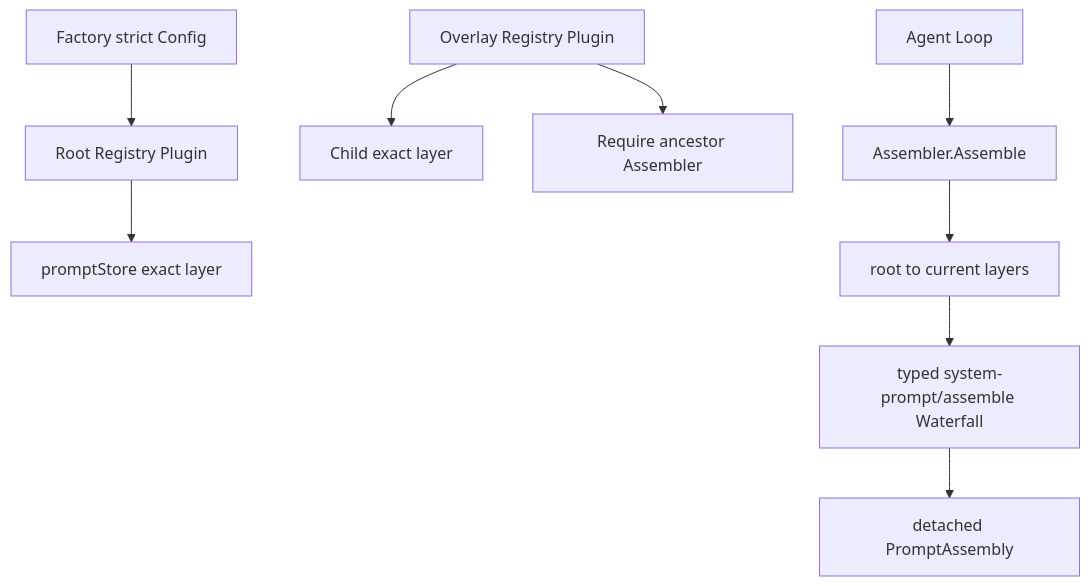
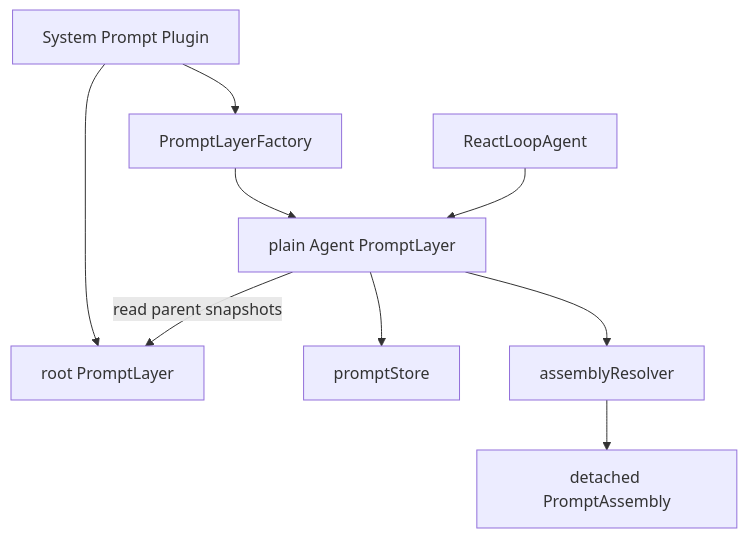
One commit to gorenx/goren changed the diagram in systemprompt/README.zh-CN.md. Above: the diagram before and after it, drawn with Mermaid. The commit also changed other lines of this file and 29 other files, not shown here.

Commit message:
docs(agent): record plugin-neutral lifecycle design

````diff
--- a/systemprompt/README.zh-CN.md
+++ b/systemprompt/README.zh-CN.md
@@ -11,11 +13,11 @@
 ```mermaid
 flowchart TD
-    Factory[Factory strict Config] --> Root[Root Registry Plugin]
-    Root --> Layer[promptStore exact layer]
-    Overlay[Overlay Registry Plugin] --> Layer2[Child exact layer]
-    Overlay --> Parent[Require ancestor Assembler]
-    Caller[Agent Loop] --> Assemble[Assembler.Assemble]
-    Assemble --> Snapshot[root to current layers]
-    Snapshot --> Waterfall[typed system-prompt/assemble Waterfall]
-    Waterfall --> Result[detached PromptAssembly]
+    Plugin[System Prompt Plugin] --> Root[root PromptLayer]
+    Plugin --> Factory[PromptLayerFactory]
+    Factory --> AgentLayer[plain Agent PromptLayer]
+    AgentLayer -->|read parent snapshots| Root
+    AgentLayer --> Store[promptStore]
+    RLA[ReactLoopAgent] --> AgentLayer
+    AgentLayer --> Assembly[assemblyResolver]
+    Assembly --> Result[detached PromptAssembly]
 ```
````
